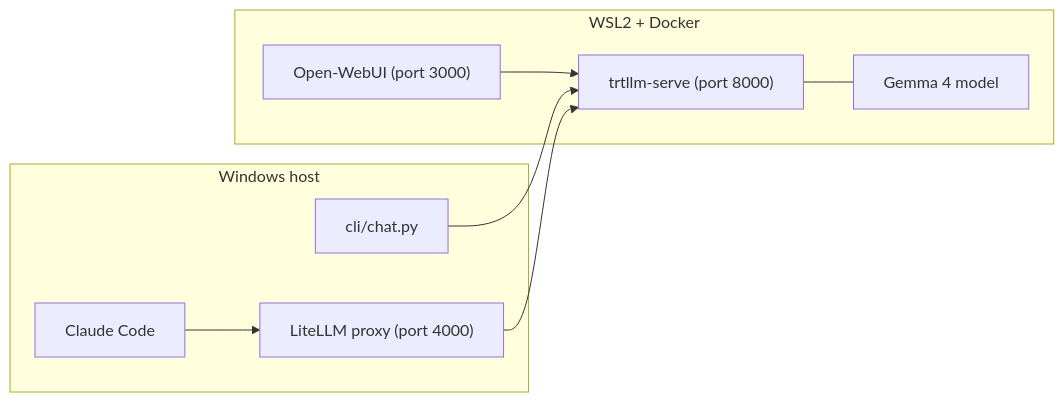
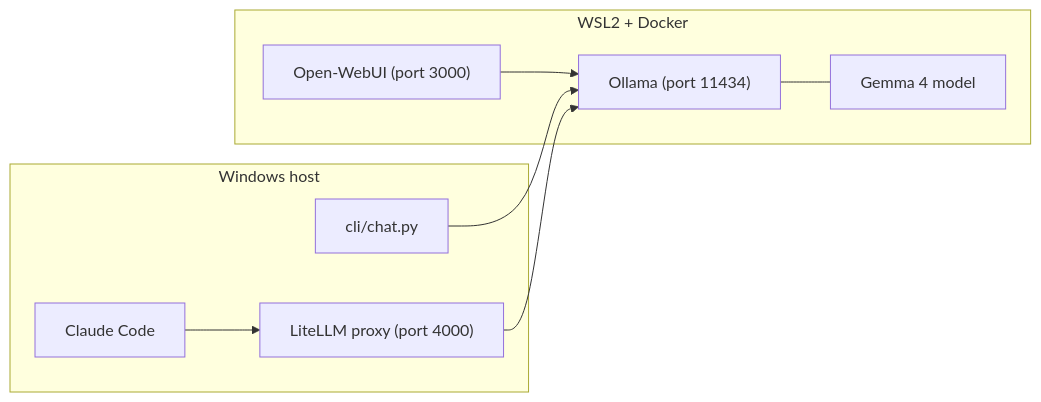
Before and after one commit to asafb2k/gemma_4_local_setup: the diagram in docs/architecture.md, drawn with Mermaid. The commit also changed other lines of this file and 12 other files, not shown here.

````diff
--- a/docs/architecture.md
+++ b/docs/architecture.md
@@ -13,20 +13,20 @@
 ```mermaid
 flowchart LR
     subgraph wsl2Docker [WSL2 + Docker]
-        TRTLLM["trtllm-serve (port 8000)"]
+        OLLAMA["Ollama (port 11434)"]
         MODEL["Gemma 4 model"]
         WEBUI["Open-WebUI (port 3000)"]
-        TRTLLM --- MODEL
-        WEBUI --> TRTLLM
+        OLLAMA --- MODEL
+        WEBUI --> OLLAMA
     end
 
     subgraph windowsHost [Windows host]
         CLI["cli/chat.py"]
         LLM["LiteLLM proxy (port 4000)"]
         CC["Claude Code"]
     end
 
-    CLI --> TRTLLM
-    LLM --> TRTLLM
+    CLI --> OLLAMA
+    LLM --> OLLAMA
     CC --> LLM
 ```
````
